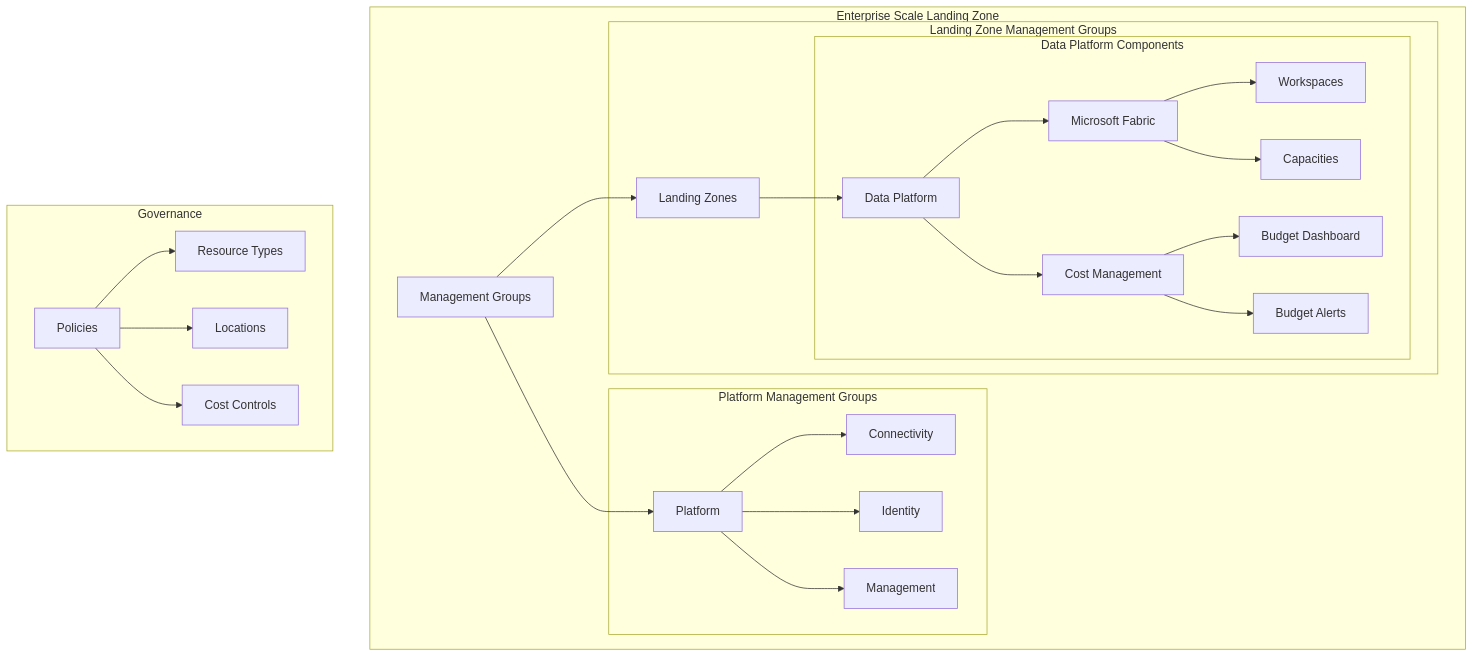
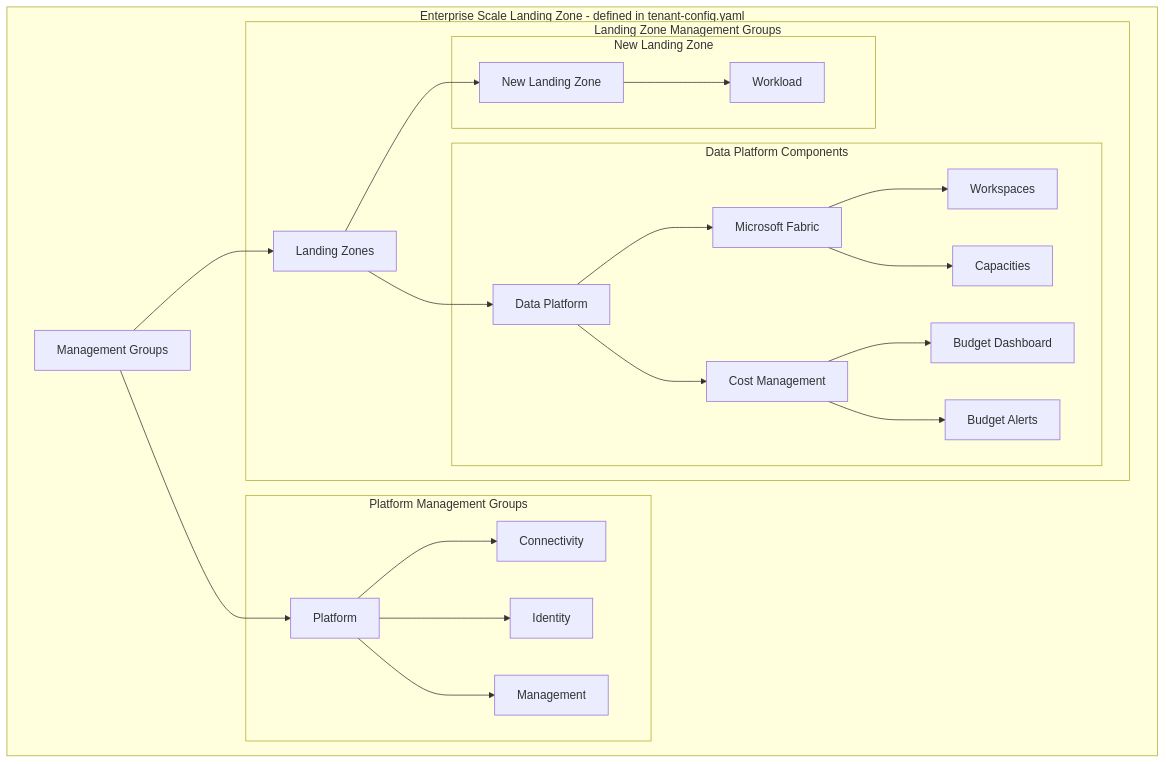
The diagram in README.md (tnhtnh/alz-mgmt), drawn with Mermaid before and after one commit. The commit also changed other lines of this file, not shown here.

````diff
--- a/README.md
+++ b/README.md
@@ -10,32 +10,31 @@
 ```mermaid
 graph TB
-    subgraph "Enterprise Scale Landing Zone"
+    subgraph "Enterprise Scale Landing Zone - defined in tenant-config.yaml"
         MG[Management Groups] --> P[Platform]
         MG --> LZ[Landing Zones]
         
         subgraph "Platform Management Groups"
             P --> C[Connectivity]
             P --> I[Identity]
             P --> M[Management]
         end
 
         subgraph "Landing Zone Management Groups"
             LZ --> DP[Data Platform]
+            LZ --> NL[New Landing Zone]
             
             subgraph "Data Platform Components"
                 DP --> FB[Microsoft Fabric]
                 DP --> CM[Cost Management]
                 FB --> FW[Workspaces]
                 FB --> FC[Capacities]
                 CM --> BD[Budget Dashboard]
                 CM --> BA[Budget Alerts]
             end
+
+            subgraph "New Landing Zone"
+                NL --> WL[Workload]
+            end
         end
     end
-
-    subgraph "Governance"
-        POL[Policies] --> RT[Resource Types]
-        POL --> LOC[Locations]
-        POL --> CST[Cost Controls]
-    end
 ```
````
